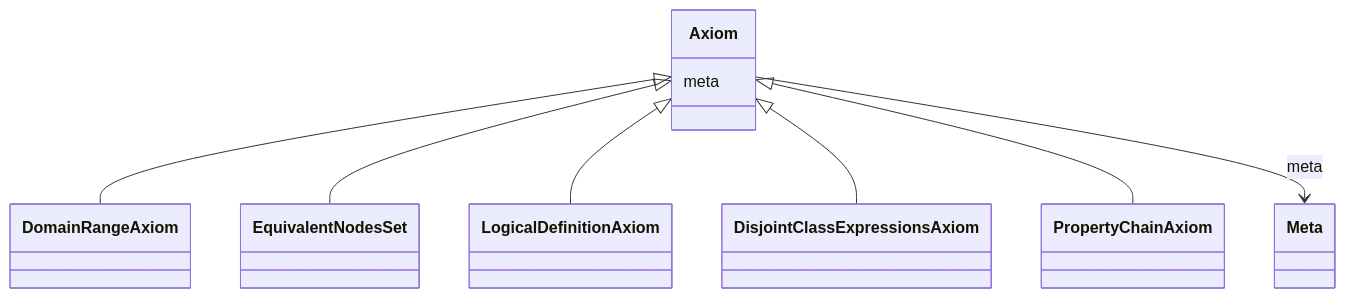
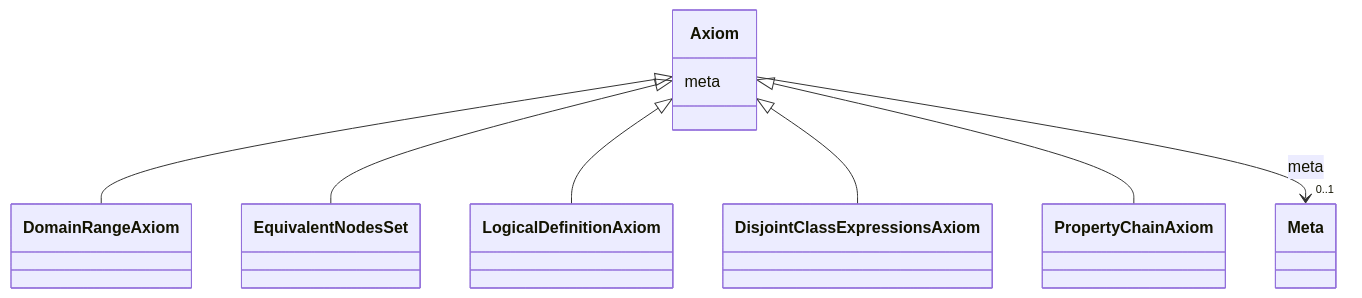
Before and after one commit to INCATools/ontology-access-kit: the diagram in obograph/Axiom.md, drawn with Mermaid. The commit also changed other lines of this file and 3329 other files, not shown here.

````diff
--- a/obograph/Axiom.md
+++ b/obograph/Axiom.md
@@ -21,15 +23,26 @@
 ```{mermaid}
  classDiagram
     class Axiom
+    click Axiom href "../Axiom"
       Axiom <|-- DomainRangeAxiom
+        click DomainRangeAxiom href "../DomainRangeAxiom"
       Axiom <|-- EquivalentNodesSet
+        click EquivalentNodesSet href "../EquivalentNodesSet"
       Axiom <|-- LogicalDefinitionAxiom
+        click LogicalDefinitionAxiom href "../LogicalDefinitionAxiom"
       Axiom <|-- DisjointClassExpressionsAxiom
+        click DisjointClassExpressionsAxiom href "../DisjointClassExpressionsAxiom"
       Axiom <|-- PropertyChainAxiom
+        click PropertyChainAxiom href "../PropertyChainAxiom"
       
       Axiom : meta
         
-          Axiom --> Meta : meta
+          
+    
+    
+    Axiom --> "0..1" Meta : meta
+    click Meta href "../Meta"
+
         
       
 ```
````
